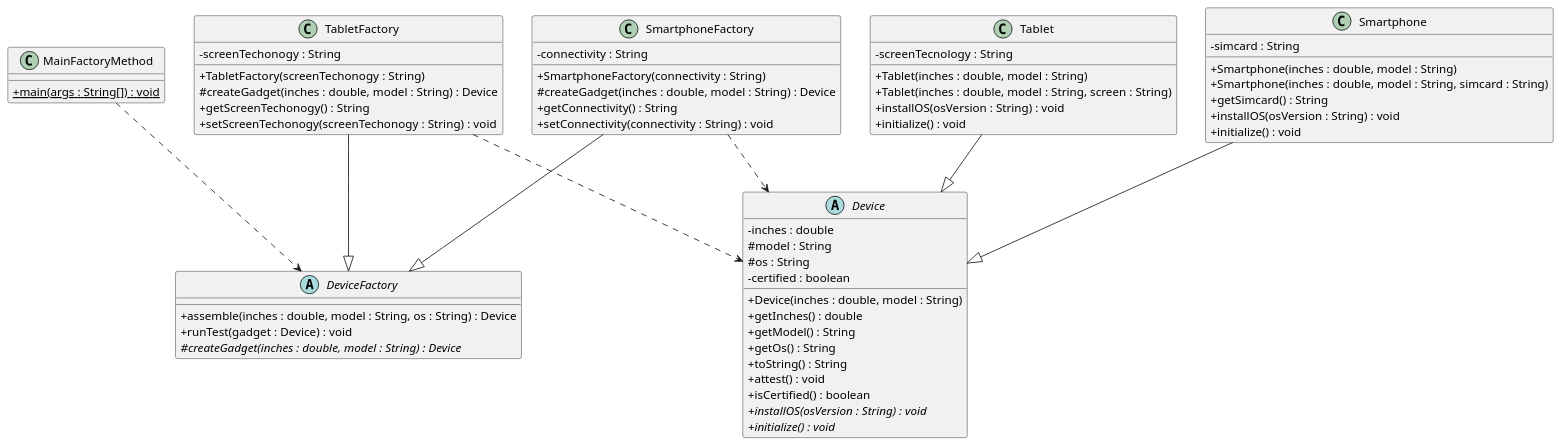
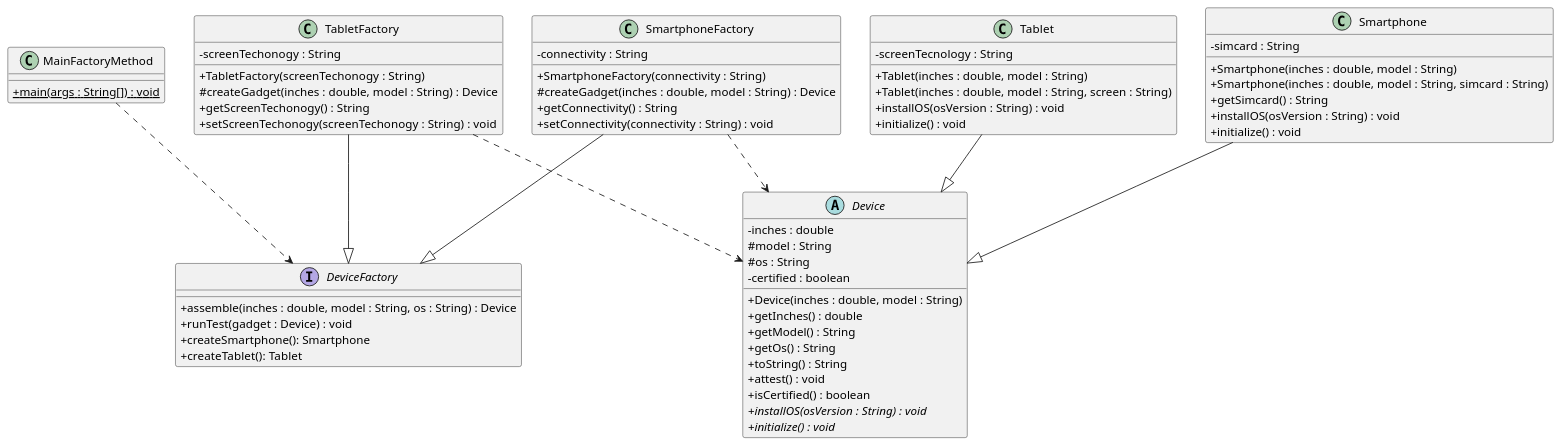
The diagram in docs/deviceFactory.puml (yagocdj/Padroes-de-projeto), drawn with PlantUML before and after one commit.

Commit message:
iniciando os ajustes no diagrama de classes da prática 9.1 (abstract factory)

```diff
--- a/docs/deviceFactory.puml
+++ b/docs/deviceFactory.puml
@@ -1,67 +1,68 @@
 @startuml DeviceFactory
 ' remove icon skins
 skinparam classAttributeIconSize 0
 class SmartphoneFactory{
 - connectivity : String
 + SmartphoneFactory(connectivity : String)
 # createGadget(inches : double, model : String) : Device
 + getConnectivity() : String
 + setConnectivity(connectivity : String) : void
 }
 SmartphoneFactory --|> DeviceFactory
 SmartphoneFactory ..> Device
 
 abstract class Device{
 - inches : double
 # model : String
 # os : String
 - certified : boolean
 + Device(inches : double, model : String)
 + getInches() : double
 + getModel() : String
 + getOs() : String
 + toString() : String
 + attest() : void
 + isCertified() : boolean
 + {abstract} installOS(osVersion : String) : void
 + {abstract} initialize() : void
 }
 class Smartphone{
 - simcard : String
 + Smartphone(inches : double, model : String)
 + Smartphone(inches : double, model : String, simcard : String)
 + getSimcard() : String
 + installOS(osVersion : String) : void
 + initialize() : void
 }
 Smartphone --|> Device
 class TabletFactory{
 - screenTechonogy : String
 + TabletFactory(screenTechonogy : String)
 # createGadget(inches : double, model : String) : Device
 + getScreenTechonogy() : String
 + setScreenTechonogy(screenTechonogy : String) : void
 }
 TabletFactory --|> DeviceFactory
 TabletFactory ..> Device
 
-abstract class DeviceFactory{
+interface DeviceFactory{
 + assemble(inches : double, model : String, os : String) : Device
 + runTest(gadget : Device) : void
-# {abstract} createGadget(inches : double, model : String) : Device
++ createSmartphone(): Smartphone
++ createTablet(): Tablet
 }
 class MainFactoryMethod{
 + {static} main(args : String[]) : void
 }
 
 MainFactoryMethod ..> DeviceFactory
 
 class Tablet{
 - screenTecnology : String
 + Tablet(inches : double, model : String)
 + Tablet(inches : double, model : String, screen : String)
 + installOS(osVersion : String) : void
 + initialize() : void
 }
 Tablet --|> Device
 @enduml
```
